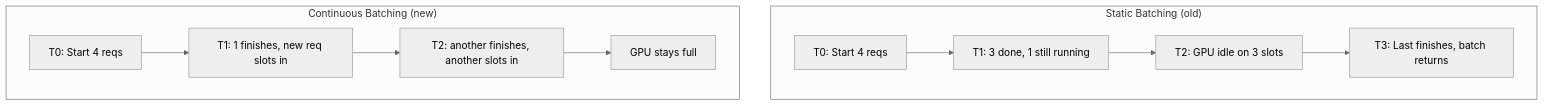
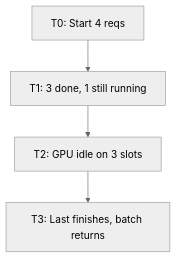
One commit to vamsyvrishank/portfolio changed the fifth of 8 diagrams in blog/Inference_reference.md. Above: the diagram before and after it, drawn with Mermaid (neutral theme). The commit also changed other lines of this file and 5 other files, not shown here.

````diff
--- a/blog/Inference_reference.md
+++ b/blog/Inference_reference.md
@@ -279,13 +279,6 @@
 ```mermaid
 graph TD
-    subgraph Static["Static Batching (old)"]
-        S1[T0: Start 4 reqs] --> S2[T1: 3 done, 1 still running]
-        S2 --> S3[T2: GPU idle on 3 slots]
-        S3 --> S4[T3: Last finishes, batch returns]
-    end
-    subgraph Continuous["Continuous Batching (new)"]
-        C1[T0: Start 4 reqs] --> C2[T1: 1 finishes, new req slots in]
-        C2 --> C3[T2: another finishes, another slots in]
-        C3 --> C4[GPU stays full]
-    end
+    S1[T0: Start 4 reqs] --> S2[T1: 3 done, 1 still running]
+    S2 --> S3[T2: GPU idle on 3 slots]
+    S3 --> S4[T3: Last finishes, batch returns]
 ```
````
